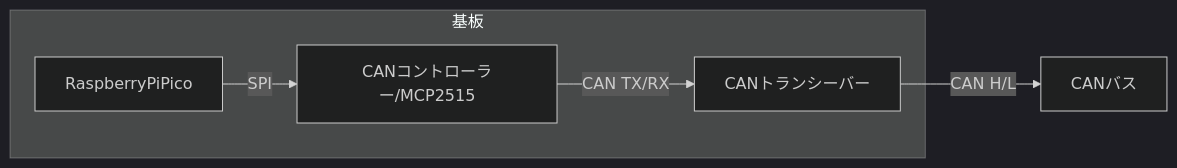
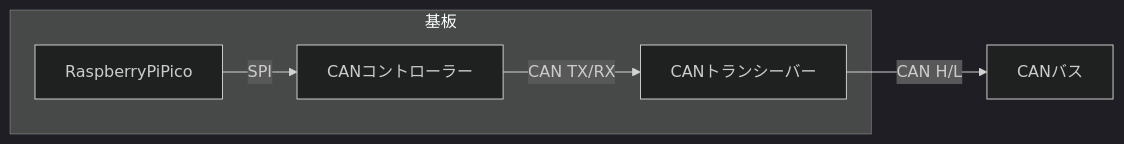
Before and after one commit to udonrobo/UdonLibrary: the second of 2 diagrams in docs/Communication/CAN.md, drawn with Mermaid (dark theme). The commit also changed other lines of this file, not shown here.

````diff
--- a/docs/Communication/CAN.md
+++ b/docs/Communication/CAN.md
@@ -79,7 +79,7 @@
 ```mermaid
 flowchart LR
   subgraph 基板
-    RaspberryPiPico --SPI--> CANコントローラー/MCP2515 --CAN TX/RX--> CANトランシーバー
+    RaspberryPiPico --SPI--> CANコントローラー --CAN TX/RX--> CANトランシーバー
   end
   CANトランシーバー --CAN H/L--> CANバス
 ```
````
